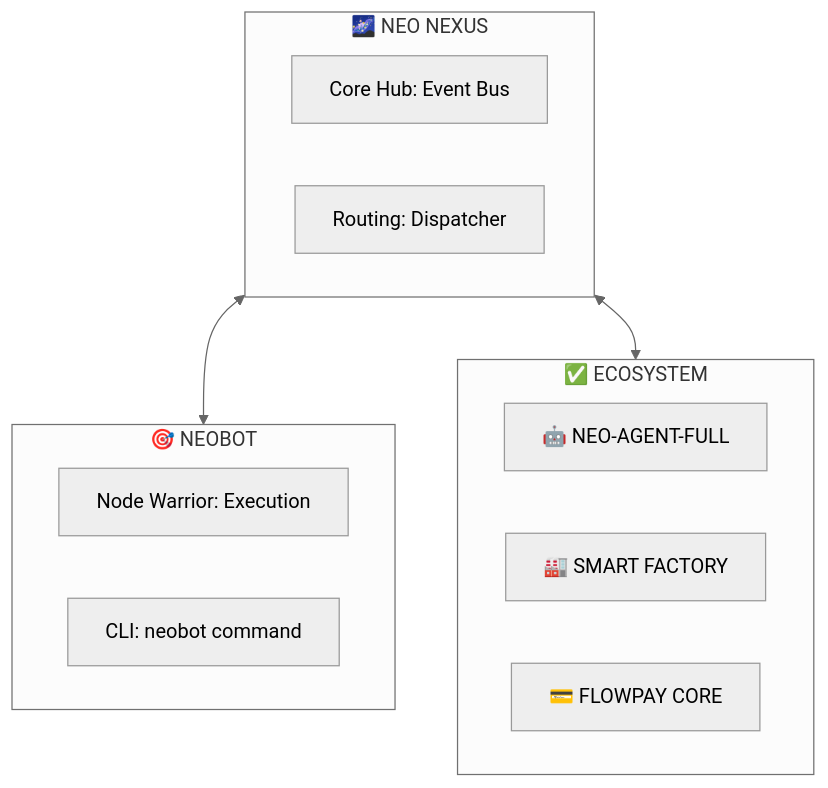
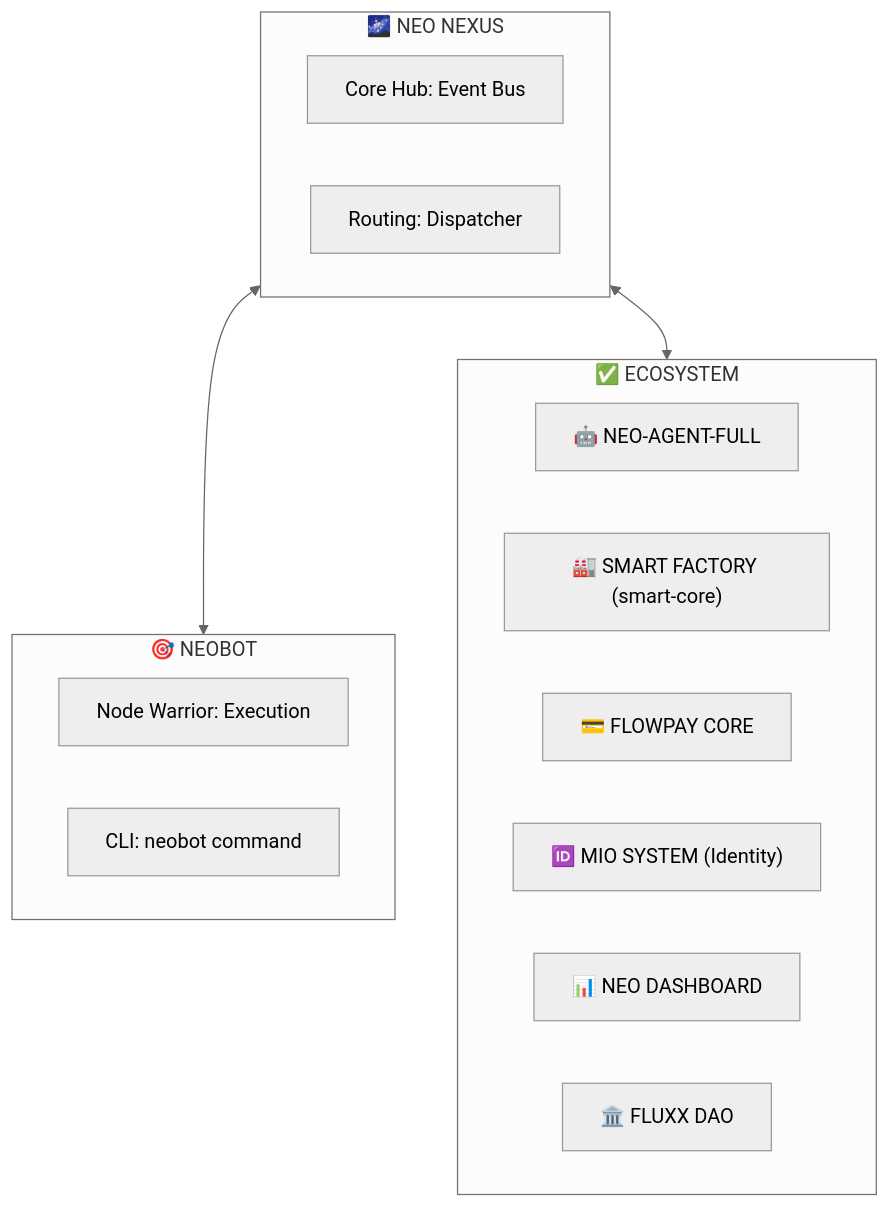
One commit to NEO-PROTOCOL/neobot changed the diagram in README.md. Above: the diagram before and after it, drawn with Mermaid (neutral theme). The commit also changed 4 other files, not shown here.

Commit message:
docs(architecture): update ecosystem nodes to include MIO, Dashboard, and Fluxx

````diff
--- a/README.md
+++ b/README.md
@@ -94,21 +94,24 @@
 ```mermaid
 graph TB
     subgraph NEXUS["🌌 NEO NEXUS"]
         CORE[Core Hub: Event Bus]
         ROUTING[Routing: Dispatcher]
     end
 
     subgraph ARCHITECT["🎯 NEOBOT"]
         WARRIOR[Node Warrior: Execution]
         CLI[CLI: neobot command]
     end
 
     subgraph ACTIVE_NODES["✅ ECOSYSTEM"]
         FULL_AGENT["🤖 NEO-AGENT-FULL"]
-        FACTORY["🏭 SMART FACTORY"]
+        FACTORY["🏭 SMART FACTORY (smart-core)"]
         FINANCE["💳 FLOWPAY CORE"]
+        IDENTITY["🆔 MIO SYSTEM (Identity)"]
+        DASHBOARD["📊 NEO DASHBOARD"]
+        FLUXX["🏛️ FLUXX DAO"]
     end
 
     NEXUS <--> ARCHITECT
     NEXUS <--> ACTIVE_NODES
 ```
````
